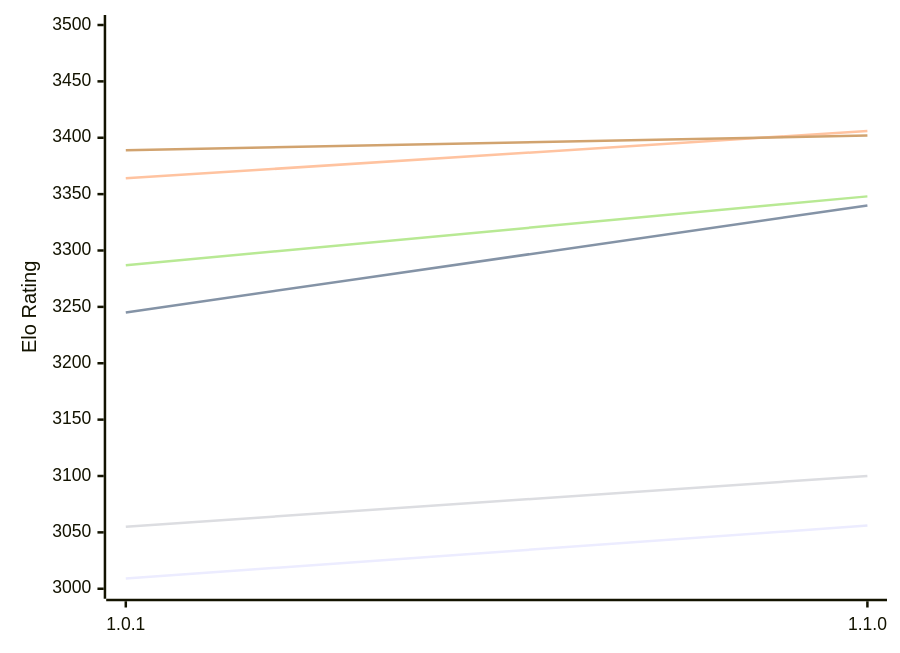
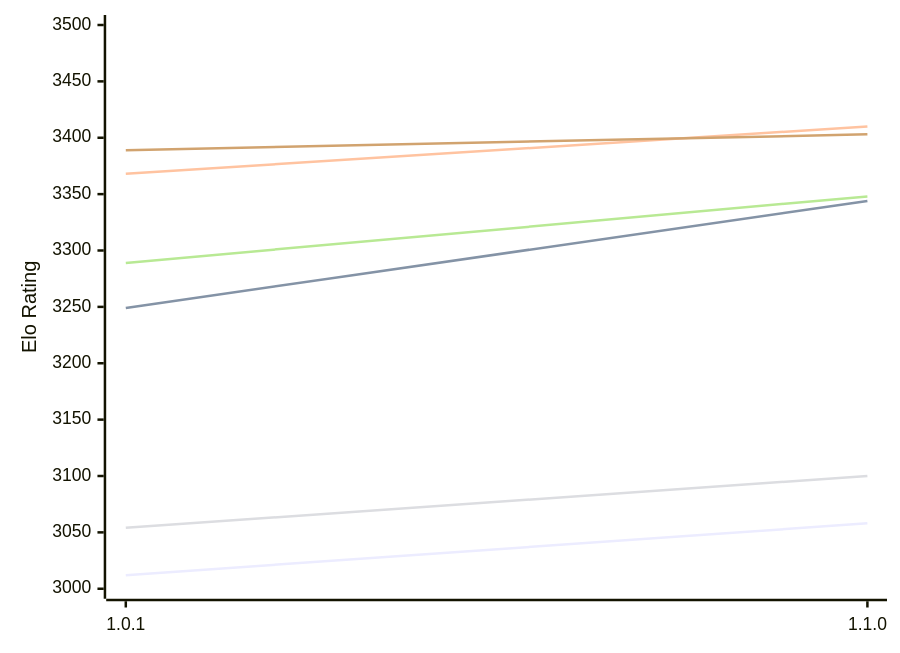
One commit to computer-chess-index/cci changed the first of 2 diagrams in engines/Ursus.md. Above: the diagram before and after it, drawn with Mermaid. The commit also changed other lines of this file, not shown here.

Commit message:
Update CCI Ratings (ELO VLTC) - 2026-11-22

````diff
--- a/engines/Ursus.md
+++ b/engines/Ursus.md
@@ -51,12 +51,12 @@
 ```mermaid
 %%{init: {"theme":"base","themeVariables":{"seriesColors:['#a3a3a3','#222221','#faa371']}}}%%
 xychart-beta
   x-axis ["1.0.1", "1.1.0"]
   y-axis "Elo Rating" 3000 --> 3500
-  line "E1: STC (8.0+0.08s)" [3009, 3056]
-  line "E1: LTC (60.0+0.60s)" [3245, 3340]
-  line "E1: VLTC (2m24s+1.12s)" [3364, 3406]
-  line "P1: STC (8.0+0.08s)" [3055, 3100]
-  line "P1: LTC (60.0+0.60s)" [3287, 3348]
-  line "P1: VLTC (2m24s+1.12s)" [3389, 3402]
+  line "E1: STC (8.0+0.08s)" [3012, 3058]
+  line "E1: LTC (60.0+0.60s)" [3249, 3344]
+  line "E1: VLTC (2m24s+1.12s)" [3368, 3410]
+  line "P1: STC (8.0+0.08s)" [3054, 3100]
+  line "P1: LTC (60.0+0.60s)" [3289, 3348]
+  line "P1: VLTC (2m24s+1.12s)" [3389, 3403]
 ```
````
